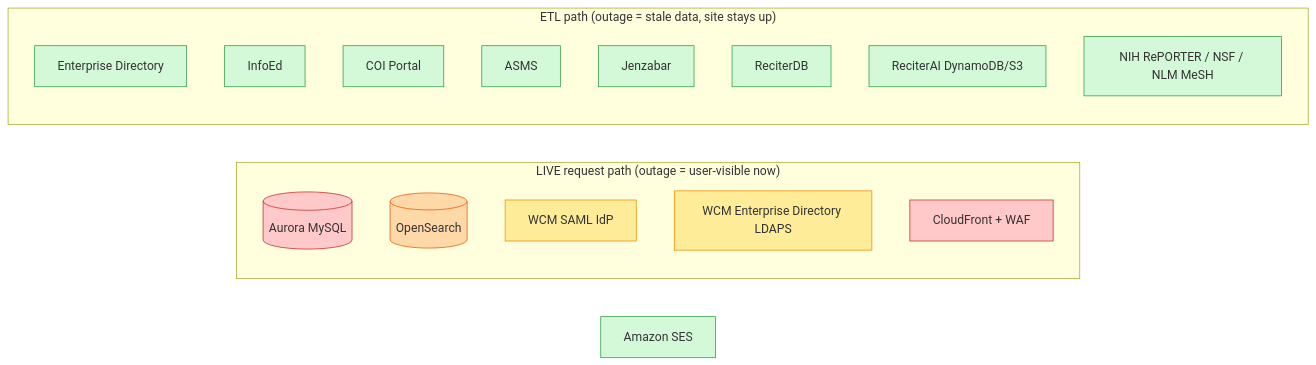
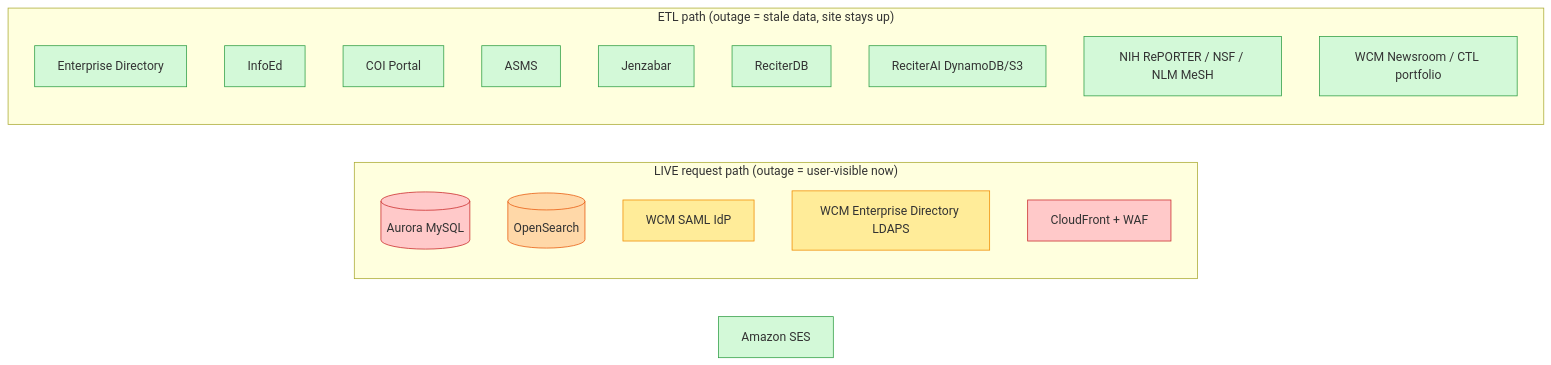
One commit to wcmc-its/Scholars-Profile-System changed the diagram in docs/dependency-outage-matrix.md. Above: the diagram before and after it, drawn with Mermaid. The commit also changed other lines of this file and 5 other files, not shown here.

First line of the commit message:
docs: list the WCM Newsroom as an ingested source (#2233)

````diff
--- a/docs/dependency-outage-matrix.md
+++ b/docs/dependency-outage-matrix.md
@@ -19,26 +19,27 @@
 ```mermaid
 flowchart LR
   subgraph live["LIVE request path (outage = user-visible now)"]
     aurora[(Aurora MySQL)]:::crit
     os[(OpenSearch)]:::high
     saml[WCM SAML IdP]:::med
     ldap[WCM Enterprise Directory LDAPS]:::med
     cf[CloudFront + WAF]:::crit
   end
   subgraph etl["ETL path (outage = stale data, site stays up)"]
     ed[Enterprise Directory]:::low
     infoed[InfoEd]:::low
     coip[COI Portal]:::low
     asms[ASMS]:::low
     jenz[Jenzabar]:::low
     rdb[ReciterDB]:::low
     rai[ReciterAI DynamoDB/S3]:::low
     ext[NIH RePORTER / NSF / NLM MeSH]:::low
+    scrape[WCM Newsroom / CTL portfolio]:::low
   end
   ses[Amazon SES]:::low
 
   classDef crit fill:#ffc9c9,stroke:#c92a2a;
   classDef high fill:#ffd8a8,stroke:#e8590c;
   classDef med fill:#ffec99,stroke:#f08c00;
   classDef low fill:#d3f9d8,stroke:#2f9e44;
 ```
````
